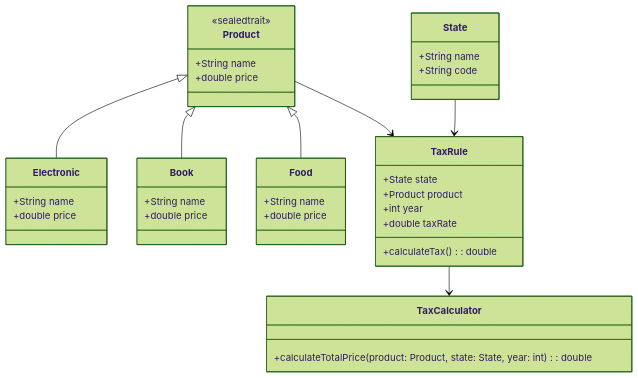
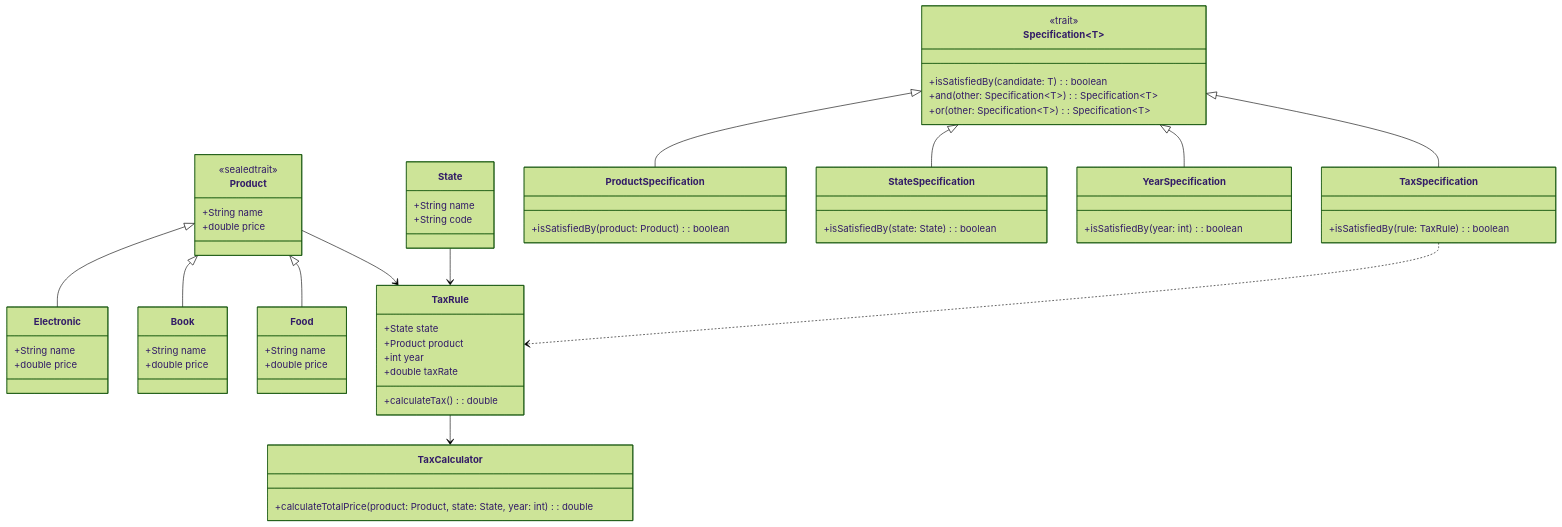
One commit to rbleggi/tech-pocs changed the diagram in scala-3.6/tax-system/README.md. Above: the diagram before and after it, drawn with Mermaid (forest theme). The commit also changed other lines of this file and 6 other files, not shown here.

Commit message:
feat: Add Specification Pattern to tax-system

````diff
--- a/scala-3.6/tax-system/README.md
+++ b/scala-3.6/tax-system/README.md
@@ -20,47 +21,77 @@
 ```mermaid
 classDiagram
    class Product {
       <<sealedtrait>>
       +String name
       +double price
    }
 
    class Electronic {
       +String name
       +double price
    }
 
    class Book {
       +String name
       +double price
    }
 
    class Food {
       +String name
       +double price
    }
 
    class State {
       +String name
       +String code
    }
 
    class TaxRule {
       +State state
       +Product product
       +int year
       +double taxRate
       +calculateTax(): double
    }
 
+   class Specification~T~ {
+      <<trait>>
+      +isSatisfiedBy(candidate: T): boolean
+      +and(other: Specification~T~): Specification~T~
+      +or(other: Specification~T~): Specification~T~
+   }
+
+   class ProductSpecification {
+      +isSatisfiedBy(product: Product): boolean
+   }
+
+   class StateSpecification {
+      +isSatisfiedBy(state: State): boolean
+   }
+
+   class YearSpecification {
+      +isSatisfiedBy(year: int): boolean
+   }
+
+   class TaxSpecification {
+      +isSatisfiedBy(rule: TaxRule): boolean
+   }
+
    class TaxCalculator {
       +calculateTotalPrice(product: Product, state: State, year: int): double
    }
+
+   Specification~T~ <|-- ProductSpecification
+   Specification~T~ <|-- StateSpecification
+   Specification~T~ <|-- YearSpecification
+   Specification~T~ <|-- TaxSpecification
 
    Product <|-- Electronic
    Product <|-- Book
    Product <|-- Food
    Product --> TaxRule
    State --> TaxRule
    TaxRule --> TaxCalculator
+   TaxSpecification ..> TaxRule
+
 ```
````
